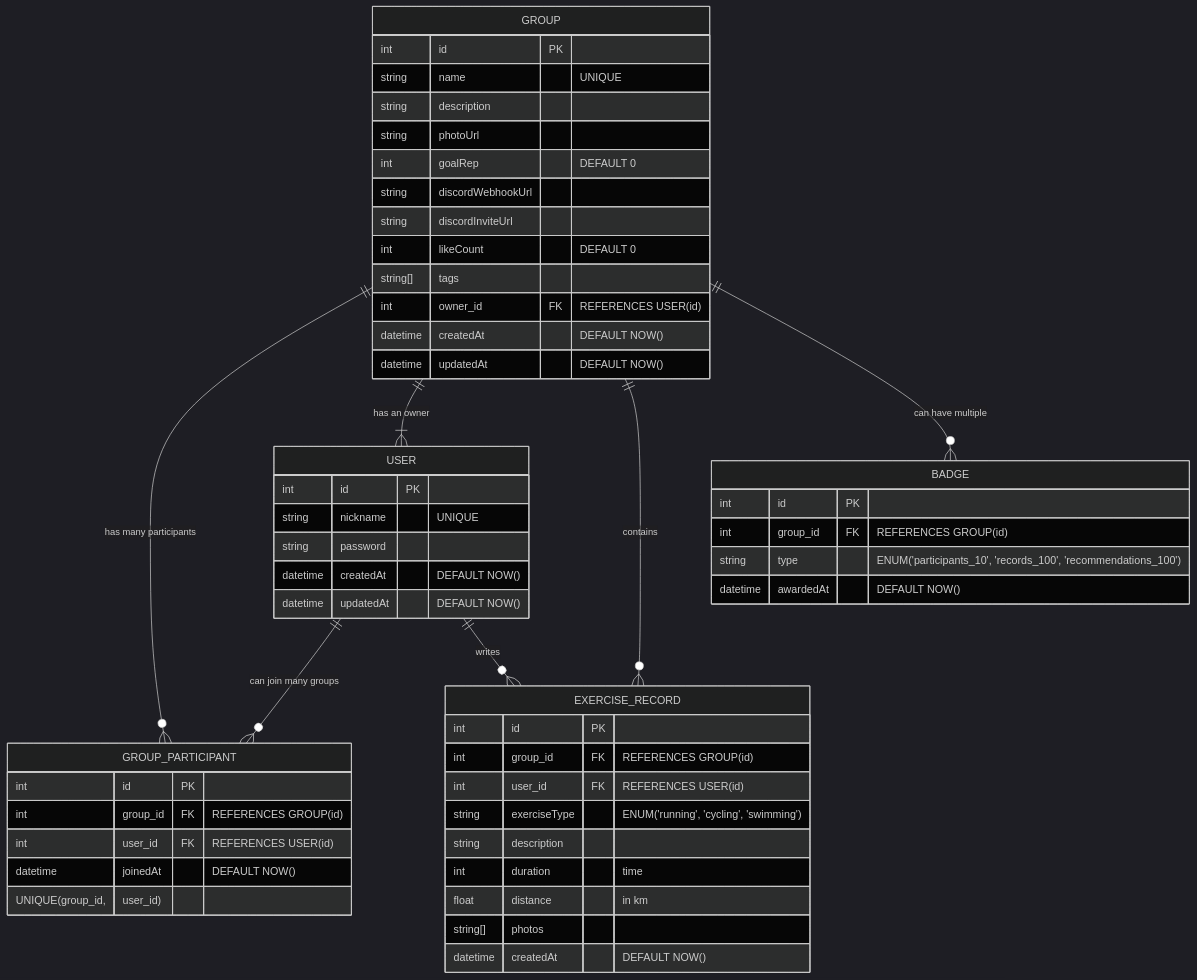
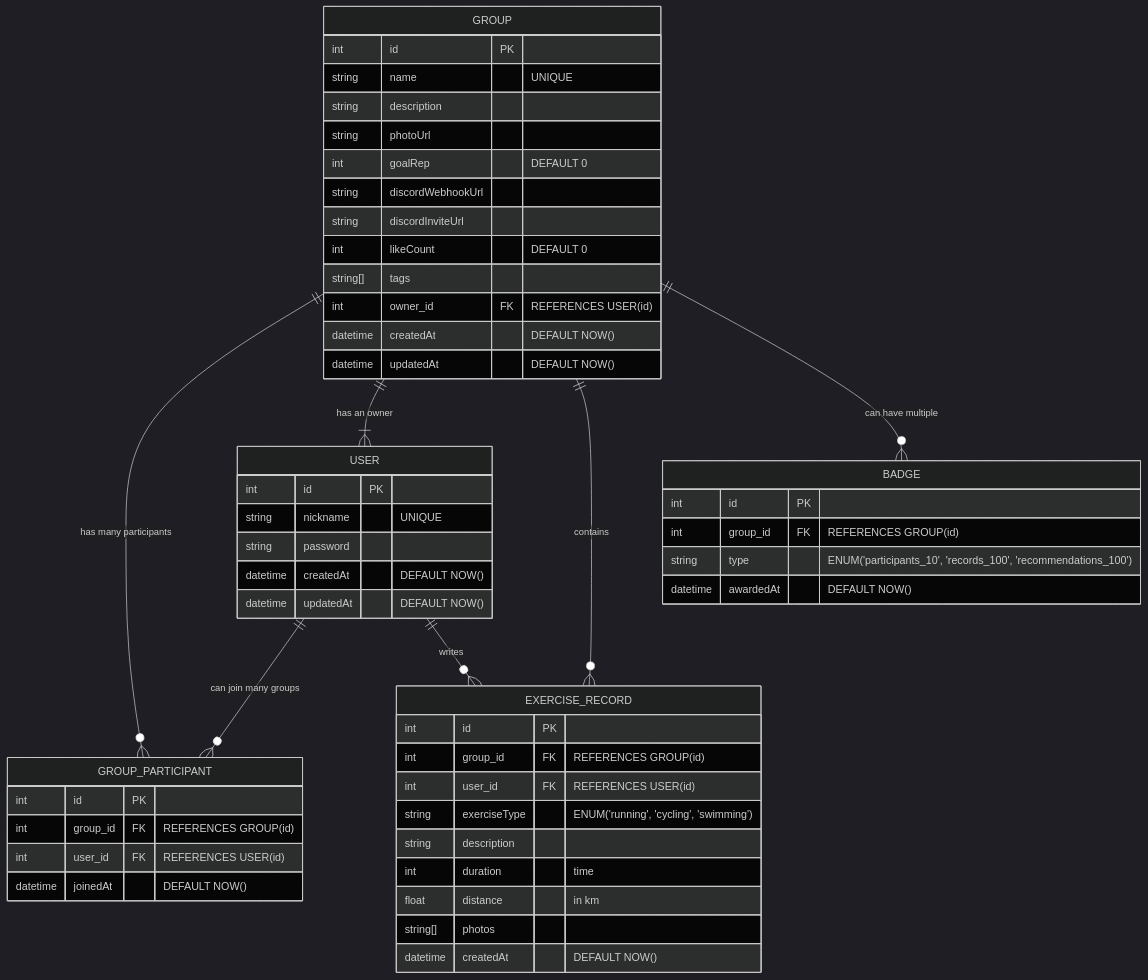
Before and after one commit to funfungun/mermaid: the diagram in README.md, drawn with Mermaid (dark theme).

````diff
--- a/README.md
+++ b/README.md
@@ -1,61 +1,61 @@
 ```mermaid
 erDiagram
     GROUP {
         int id PK
         string name "UNIQUE"
         string description
         string photoUrl
         int goalRep "DEFAULT 0"
         string discordWebhookUrl
         string discordInviteUrl
         int likeCount "DEFAULT 0"
         string[] tags
         int owner_id FK "REFERENCES USER(id)"
         datetime createdAt "DEFAULT NOW()"
         datetime updatedAt "DEFAULT NOW()"
     }
 
     USER {
         int id PK
         string nickname "UNIQUE"
         string password
         datetime createdAt "DEFAULT NOW()"
         datetime updatedAt "DEFAULT NOW()"
     }
 
     GROUP_PARTICIPANT {
         int id PK
         int group_id FK "REFERENCES GROUP(id)"
         int user_id FK "REFERENCES USER(id)"
         datetime joinedAt "DEFAULT NOW()"
-        UNIQUE(group_id, user_id)
+        %% UNIQUE(group_id, user_id) 추가해야 함
     }
 
     GROUP ||--o{ GROUP_PARTICIPANT : "has many participants"
     USER ||--o{ GROUP_PARTICIPANT : "can join many groups"
     GROUP ||--|{ USER : "has an owner"
 
     EXERCISE_RECORD {
         int id PK
         int group_id FK "REFERENCES GROUP(id)"
         int user_id FK "REFERENCES USER(id)"
         string exerciseType "ENUM('running', 'cycling', 'swimming')"
         string description
         int duration "time"
         float distance "in km"
         string[] photos
         datetime createdAt "DEFAULT NOW()"
     }
 
     GROUP ||--o{ EXERCISE_RECORD : "contains"
     USER ||--o{ EXERCISE_RECORD : "writes"
 
     BADGE {
         int id PK
         int group_id FK "REFERENCES GROUP(id)"
         string type "ENUM('participants_10', 'records_100', 'recommendations_100')"
         datetime awardedAt "DEFAULT NOW()"
     }
 
     GROUP ||--o{ BADGE : "can have multiple"
 ```
````
